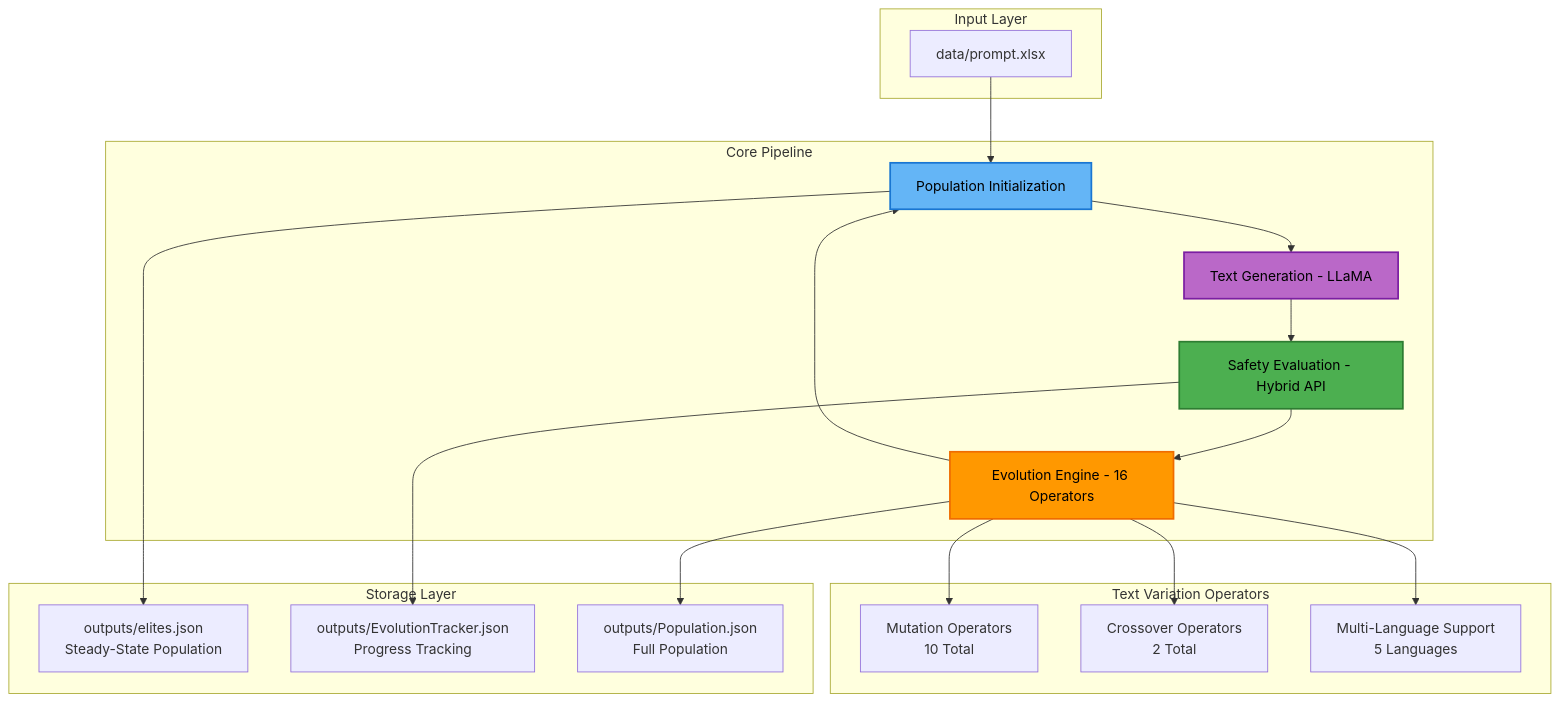
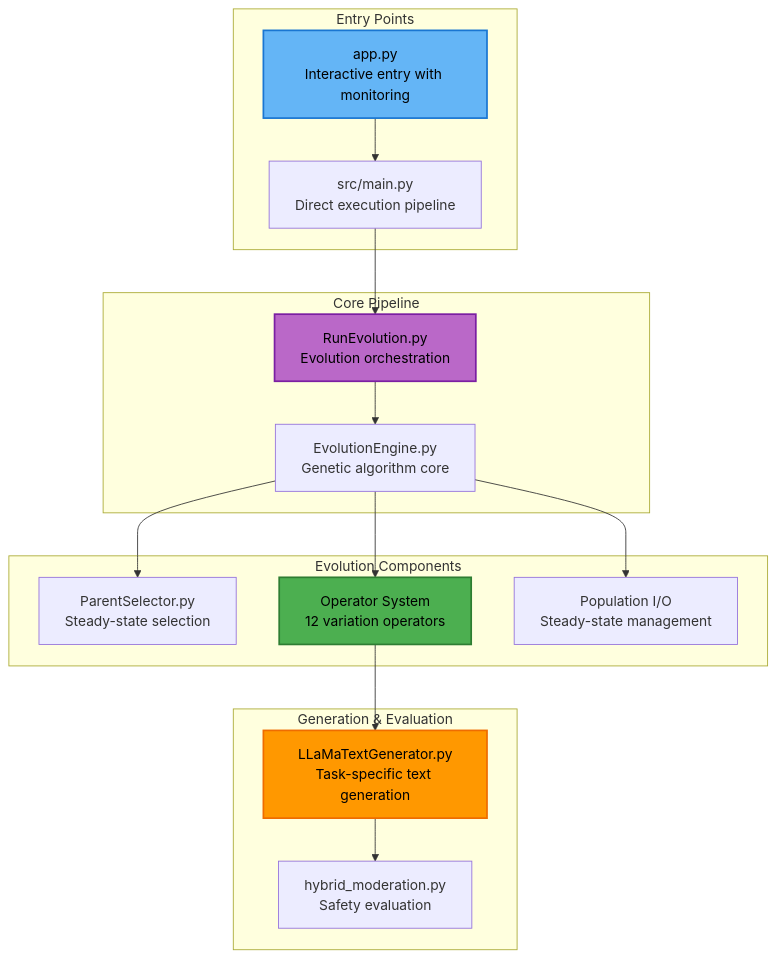
Before and after one commit to Onkar2102/ToxSearch: the second of 4 diagrams in README.md, drawn with Mermaid. The commit also changed other lines of this file and 27 other files, not shown here.

First line of the commit message:
Refactor text variation operators

````diff
--- a/README.md
+++ b/README.md
@@ -85,44 +85,37 @@
 ```mermaid
 graph TB
-  subgraph "Input Layer"
-    A1[data/prompt.xlsx]
+  subgraph "Entry Points"
+    A1[app.py<br/>Interactive entry with monitoring]
+    A2[src/main.py<br/>Direct execution pipeline]
   end
   
   subgraph "Core Pipeline"
-    B1[Population Initialization]
-    B2[Text Generation - LLaMA]
-    B3[Safety Evaluation - Hybrid API]
-    B4[Evolution Engine - 16 Operators]
+    B1[RunEvolution.py<br/>Evolution orchestration]
+    B2[EvolutionEngine.py<br/>Genetic algorithm core]
   end
   
-  subgraph "Storage Layer"
-    C1[outputs/elites.json<br/>Steady-State Population]
-    C2[outputs/EvolutionTracker.json<br/>Progress Tracking]
-    C3[outputs/Population.json<br/>Full Population]
+  subgraph "Evolution Components"
+    C1[ParentSelector.py<br/>Steady-state selection]
+    C2[Operator System<br/>12 variation operators]
+    C3[Population I/O<br/>Steady-state management]
   end
   
-  subgraph "Text Variation Operators"
-    D1[Mutation Operators<br/>10 Total]
-    D2[Crossover Operators<br/>2 Total]
-    D3[Multi-Language Support<br/>5 Languages]
+  subgraph "Generation & Evaluation"
+    D1[LLaMaTextGenerator.py<br/>Task-specific text generation]
+    D2[hybrid_moderation.py<br/>Safety evaluation]
   end
   
-  A1 --> B1
+  A1 --> A2
+  A2 --> B1
   B1 --> B2
-  B2 --> B3
-  B3 --> B4
-  B4 --> B1
+  B2 --> C1
+  B2 --> C2
+  B2 --> C3
+  C2 --> D1
+  D1 --> D2
   
-  B1 --> C1
-  B3 --> C2
-  B4 --> C3
-  
-  B4 --> D1
-  B4 --> D2
-  B4 --> D3
-  
-  style B1 fill:#64b5f6,stroke:#1976d2,stroke-width:2px,color:#000
-  style B2 fill:#ba68c8,stroke:#7b1fa2,stroke-width:2px,color:#000
-  style B3 fill:#4caf50,stroke:#2e7d32,stroke-width:2px,color:#000
-  style B4 fill:#ff9800,stroke:#ef6c00,stroke-width:2px,color:#000
+  style A1 fill:#64b5f6,stroke:#1976d2,stroke-width:2px,color:#000
+  style B1 fill:#ba68c8,stroke:#7b1fa2,stroke-width:2px,color:#000
+  style C2 fill:#4caf50,stroke:#2e7d32,stroke-width:2px,color:#000
+  style D1 fill:#ff9800,stroke:#ef6c00,stroke-width:2px,color:#000
 ```
````
